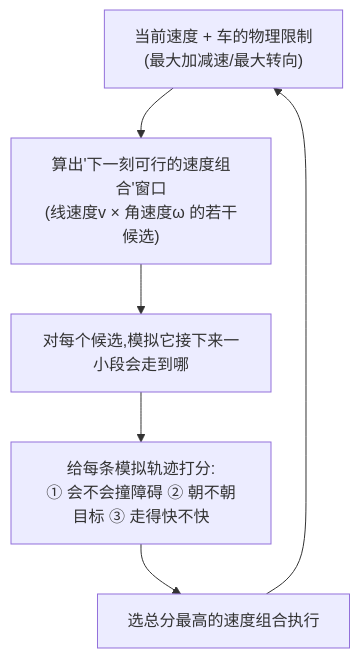
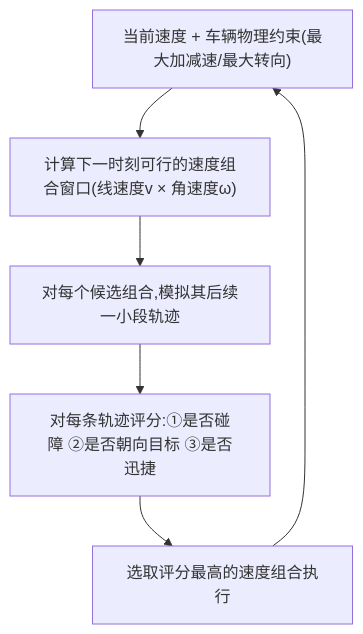
Diagram 13 of 33 in 竞赛文档/作品设计文档.md (Drahann/OpenHarmonyCar), drawn with Mermaid before and after one commit. The commit also changed other lines of this file and 37 other files, not shown here.

````diff
--- a/竞赛文档/作品设计文档.md
+++ b/竞赛文档/作品设计文档.md
@@ -541,8 +502,8 @@
 ```mermaid
 graph TB
-  CUR["当前速度 + 车的物理限制<br/>(最大加减速/最大转向)"] --> WIN["算出'下一刻可行的速度组合'窗口<br/>(线速度v × 角速度ω 的若干候选)"]
-  WIN --> SIM["对每个候选,模拟它接下来一小段会走到哪"]
-  SIM --> SCORE["给每条模拟轨迹打分:<br/>① 会不会撞障碍 ② 朝不朝目标 ③ 走得快不快"]
-  SCORE --> PICK["选总分最高的速度组合执行"]
+  CUR["当前速度 + 车辆物理约束(最大加减速/最大转向)"] --> WIN["计算下一时刻可行的速度组合窗口(线速度v × 角速度ω)"]
+  WIN --> SIM["对每个候选组合,模拟其后续一小段轨迹"]
+  SIM --> SCORE["对每条轨迹评分:①是否碰障 ②是否朝向目标 ③是否迅捷"]
+  SCORE --> PICK["选取评分最高的速度组合执行"]
   PICK --> CUR
 ```
````
